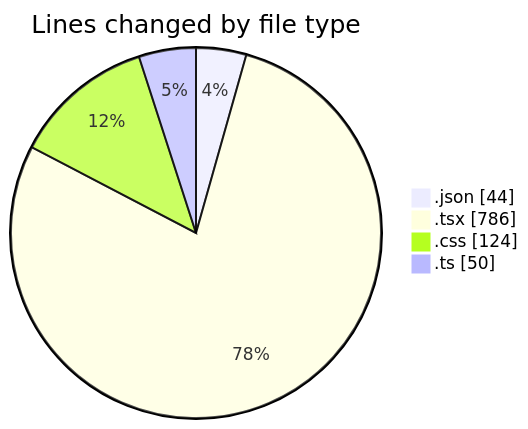
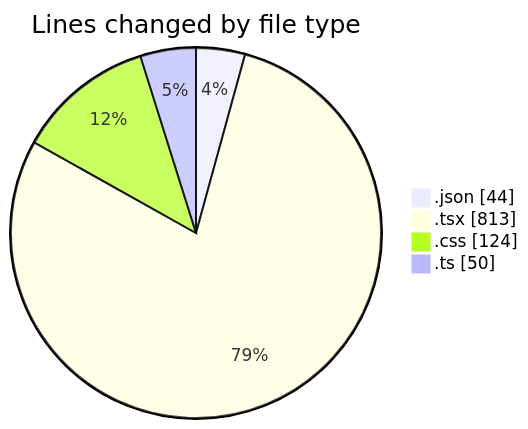
Before and after one commit to robertbonfada/code-tracking: the first of 2 diagrams in 2025-03-18/peregrino-web/README.md, drawn with Mermaid. The commit also changed other lines of this file and 1 other file, not shown here.

````diff
--- a/2025-03-18/peregrino-web/README.md
+++ b/2025-03-18/peregrino-web/README.md
@@ -30,8 +30,8 @@
 ```mermaid
 pie showData
 title Lines changed by file type
 ".json" : 44
-".tsx" : 786
+".tsx" : 813
 ".css" : 124
 ".ts" : 50
 ```
````
